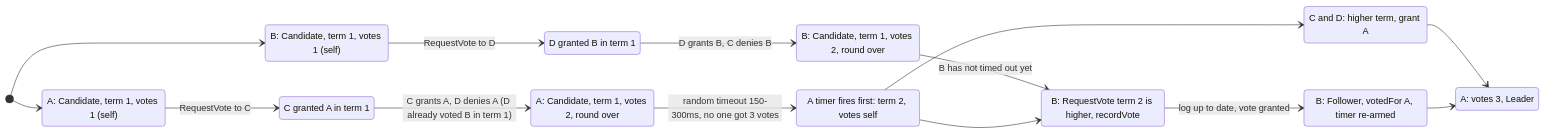
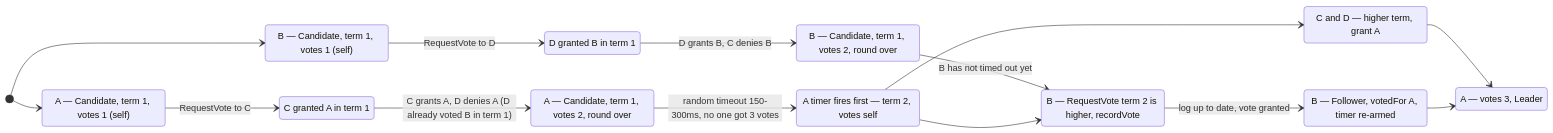
Before and after one commit to Tarun-Elango/hobbyDB: the fourth of 8 diagrams in flow/4. cluster-startup-cases.md, drawn with Mermaid. The commit also changed other lines of this file and 6 other files, not shown here.

Commit message:
use status, seperate function to update leader/role, use metamu when possible, and adding heardrecentlty to prevent spurious elections when a valid heartbeat or vote arrives right as the election timer fires or while startElection is blocked waiting on n.mu

````diff
--- a/flow/4. cluster-startup-cases.md
+++ b/flow/4. cluster-startup-cases.md
@@ -118,29 +118,29 @@
 ```mermaid
 stateDiagram-v2
     direction LR
-    state "A: Candidate, term 1, votes 1 (self)" as A1
-    state "B: Candidate, term 1, votes 1 (self)" as B1
+    state "A — Candidate, term 1, votes 1 (self)" as A1
+    state "B — Candidate, term 1, votes 1 (self)" as B1
     state "C granted A in term 1" as C1
     state "D granted B in term 1" as D1
-    state "A: Candidate, term 1, votes 2, round over" as A2
-    state "B: Candidate, term 1, votes 2, round over" as B2
-    state "A timer fires first: term 2, votes self" as A3
-    state "B: RequestVote term 2 is higher, recordVote" as B3
-    state "B: Follower, votedFor A, timer re-armed" as B4
-    state "C and D: higher term, grant A" as CD
-    state "A: votes 3, Leader" as A4
+    state "A — Candidate, term 1, votes 2, round over" as A2
+    state "B — Candidate, term 1, votes 2, round over" as B2
+    state "A timer fires first — term 2, votes self" as A3
+    state "B — RequestVote term 2 is higher, recordVote" as B3
+    state "B — Follower, votedFor A, timer re-armed" as B4
+    state "C and D — higher term, grant A" as CD
+    state "A — votes 3, Leader" as A4
 
     [*] --> A1
     [*] --> B1
     A1 --> C1: RequestVote to C
     B1 --> D1: RequestVote to D
     C1 --> A2: C grants A, D denies A (D already voted B in term 1)
     D1 --> B2: D grants B, C denies B
     A2 --> A3: random timeout 150-300ms, no one got 3 votes
     B2 --> B3: B has not timed out yet
     A3 --> B3
     B3 --> B4: log up to date, vote granted
     A3 --> CD
     CD --> A4
     B4 --> A4
 ```
````
